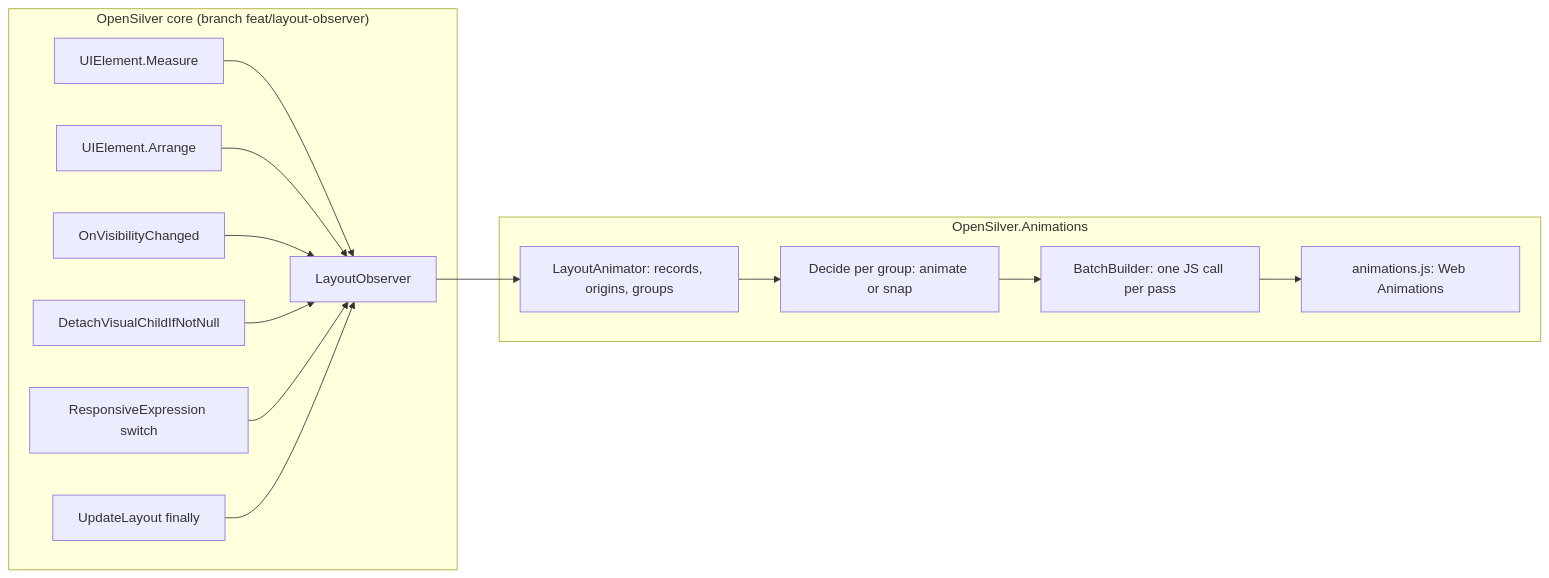
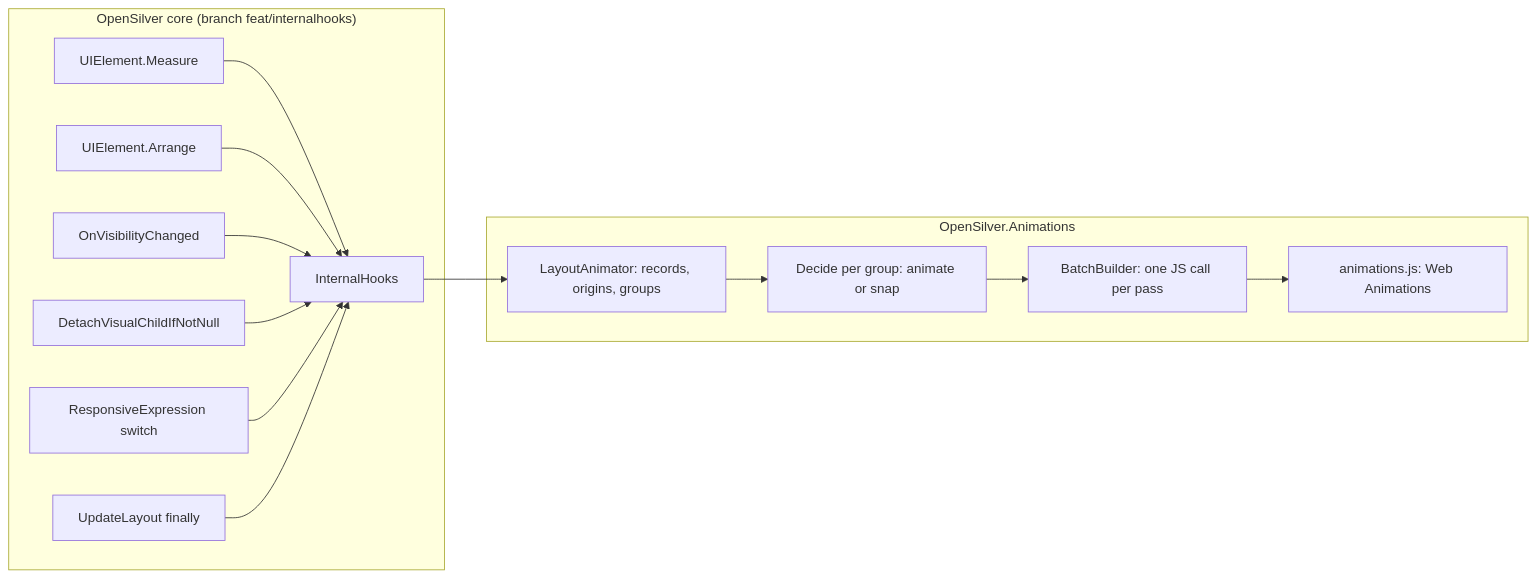
The diagram in docs/architecture.md (OpenSilver/OpenSilver.Animations), drawn with Mermaid before and after one commit. The commit also changed other lines of this file and 6 other files, not shown here.

First line of the commit message:
Use OpenSilver's InternalHooks, the new name of LayoutObserver

````diff
--- a/docs/architecture.md
+++ b/docs/architecture.md
@@ -9,17 +9,17 @@
 ```mermaid
 flowchart LR
-    subgraph core ["OpenSilver core (branch feat/layout-observer)"]
-        measure["UIElement.Measure"] --> observer["LayoutObserver"]
+    subgraph core ["OpenSilver core (branch feat/internalhooks)"]
+        measure["UIElement.Measure"] --> observer["InternalHooks"]
         arrange["UIElement.Arrange"] --> observer
         visibility["OnVisibilityChanged"] --> observer
         detach["DetachVisualChildIfNotNull"] --> observer
         responsive["ResponsiveExpression switch"] --> observer
         passEnd["UpdateLayout finally"] --> observer
     end
     subgraph lib ["OpenSilver.Animations"]
         observer --> animator["LayoutAnimator: records, origins, groups"]
         animator --> decide["Decide per group: animate or snap"]
         decide --> batch["BatchBuilder: one JS call per pass"]
         batch --> js["animations.js: Web Animations"]
     end
 ```
````
